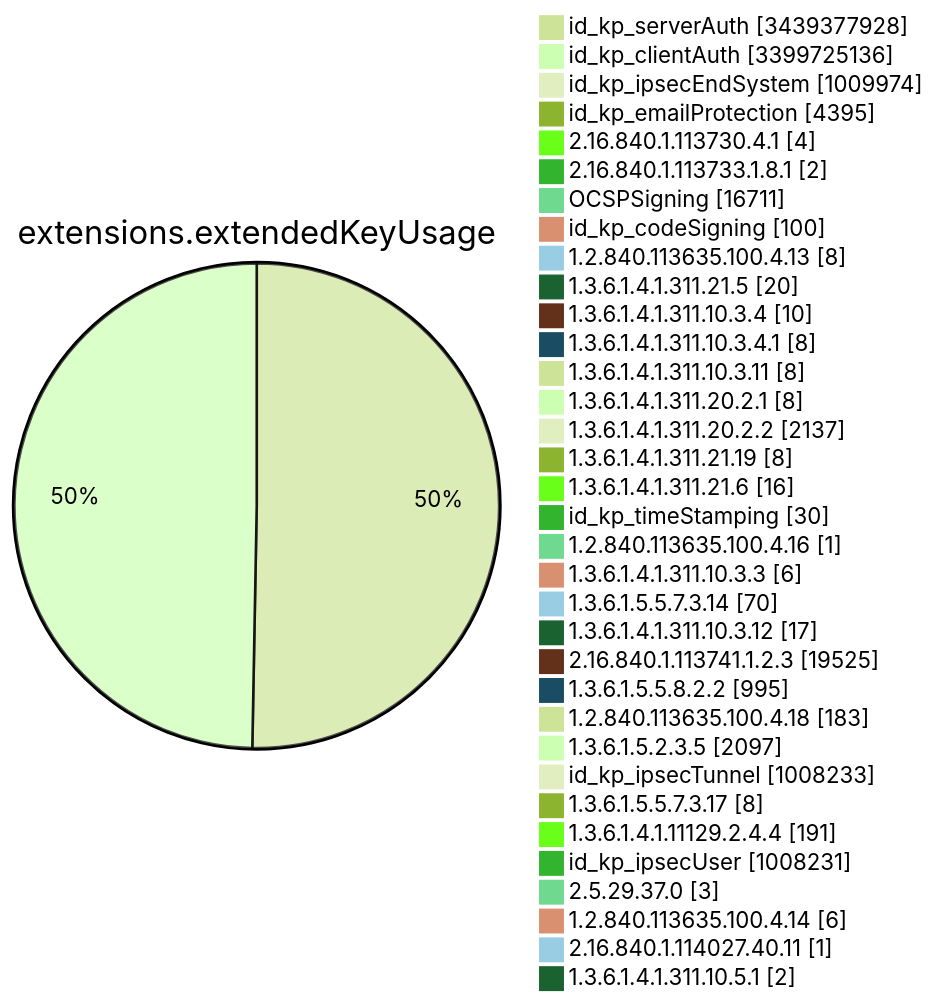
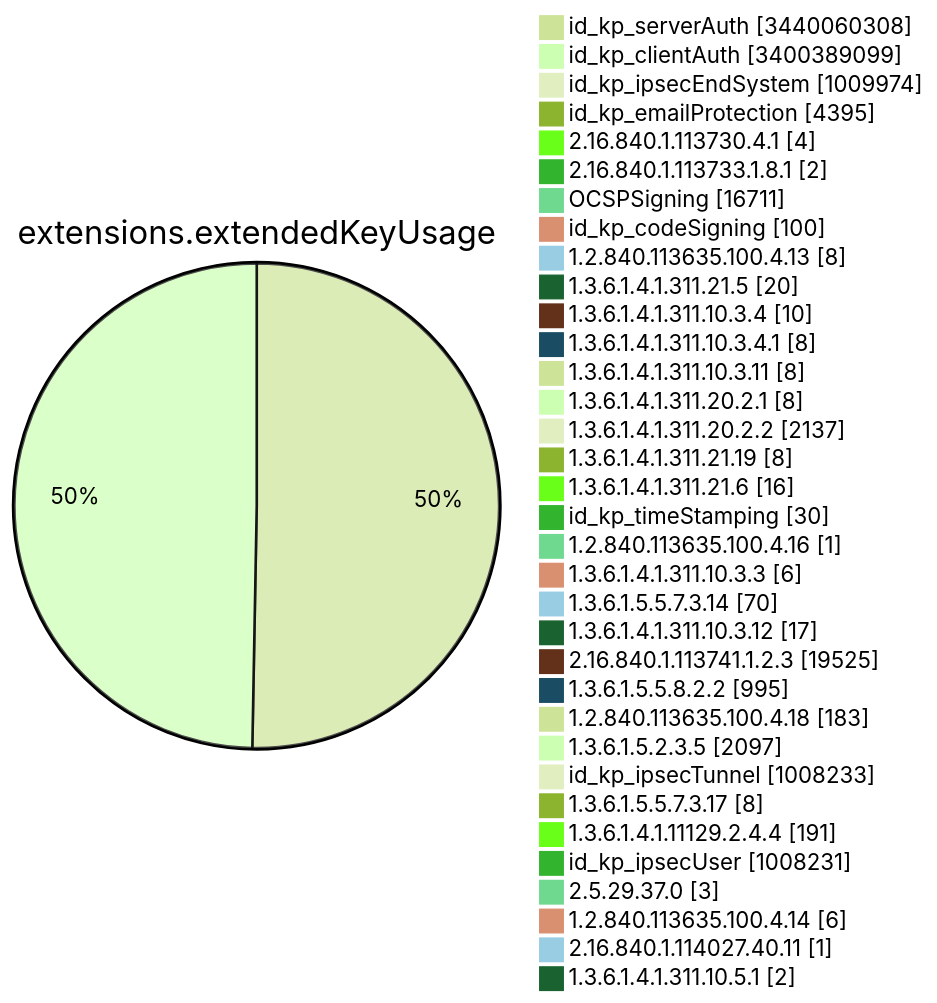
One commit to christiankrug/ctmonitor_visualization changed diagram 11 of 15 in TOTAL/README.md. Above: the diagram before and after it, drawn with Mermaid (forest theme). The commit also changed other lines of this file, not shown here.

````diff
--- a/TOTAL/README.md
+++ b/TOTAL/README.md
@@ -4123,38 +4123,38 @@
 ```mermaid
 pie showData
 title extensions.extendedKeyUsage
-"id_kp_serverAuth" :3439377928
-"id_kp_clientAuth" :3399725136
+"id_kp_serverAuth" :3440060308
+"id_kp_clientAuth" :3400389099
 "id_kp_ipsecEndSystem" :1009974
 "id_kp_emailProtection" :4395
 "2.16.840.1.113730.4.1" :4
 "2.16.840.1.113733.1.8.1" :2
 "OCSPSigning" :16711
 "id_kp_codeSigning" :100
 "1.2.840.113635.100.4.13" :8
 "1.3.6.1.4.1.311.21.5" :20
 "1.3.6.1.4.1.311.10.3.4" :10
 "1.3.6.1.4.1.311.10.3.4.1" :8
 "1.3.6.1.4.1.311.10.3.11" :8
 "1.3.6.1.4.1.311.20.2.1" :8
 "1.3.6.1.4.1.311.20.2.2" :2137
 "1.3.6.1.4.1.311.21.19" :8
 "1.3.6.1.4.1.311.21.6" :16
 "id_kp_timeStamping" :30
 "1.2.840.113635.100.4.16" :1
 "1.3.6.1.4.1.311.10.3.3" :6
 "1.3.6.1.5.5.7.3.14" :70
 "1.3.6.1.4.1.311.10.3.12" :17
 "2.16.840.1.113741.1.2.3" :19525
 "1.3.6.1.5.5.8.2.2" :995
 "1.2.840.113635.100.4.18" :183
 "1.3.6.1.5.2.3.5" :2097
 "id_kp_ipsecTunnel" :1008233
 "1.3.6.1.5.5.7.3.17" :8
 "1.3.6.1.4.1.11129.2.4.4" :191
 "id_kp_ipsecUser" :1008231
 "2.5.29.37.0" :3
 "1.2.840.113635.100.4.14" :6
 "2.16.840.1.114027.40.11" :1
 "1.3.6.1.4.1.311.10.5.1" :2
 ```
````
